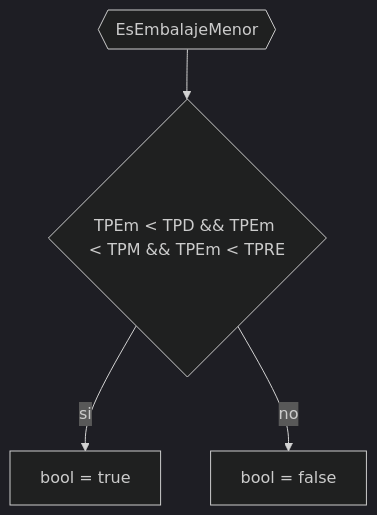
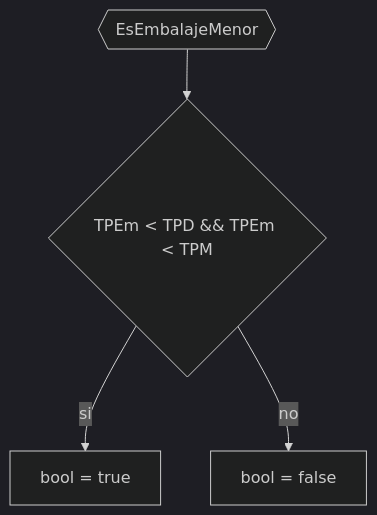
The diagram in docs/Diagramas/init/EsEmbalajeMenor.mermaid (JuanManuelPrividera/TP-Simu), drawn with Mermaid (dark theme) before and after one commit. The commit also changed 32 other files, not shown here.

```diff
--- a/docs/Diagramas/init/EsEmbalajeMenor.mermaid
+++ b/docs/Diagramas/init/EsEmbalajeMenor.mermaid
@@ -1,4 +1,4 @@
 flowchart TD
-    aa{{EsEmbalajeMenor}} --> if0{"TPEm < TPD && TPEm < TPM && TPEm < TPRE"}
+    aa{{EsEmbalajeMenor}} --> if0{"TPEm < TPD && TPEm < TPM"}
     if0 --> |si| a[bool = true]
     if0 --> |no| a1[bool = false]
```
